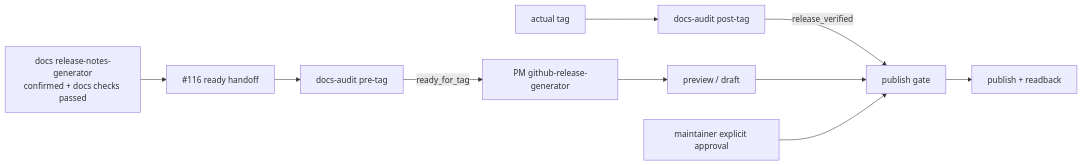
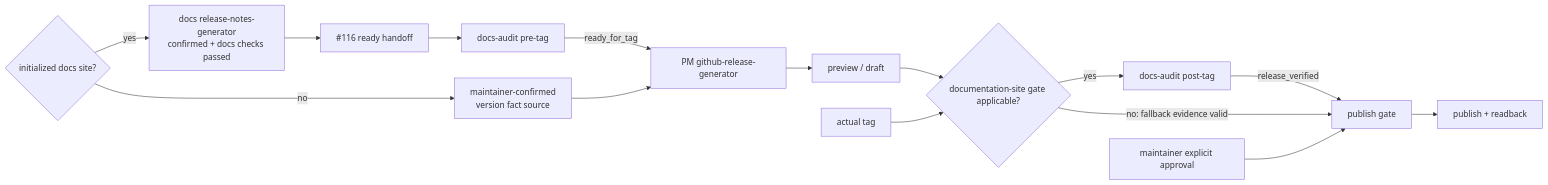
Before and after one commit to Neplich/dev-agent-skills: the diagram in docs/engineer/agents/pm-agent/skills/github-release-generator/TRD.md, drawn with Mermaid. The commit also changed other lines of this file and 19 other files, not shown here.

````diff
--- a/docs/engineer/agents/pm-agent/skills/github-release-generator/TRD.md
+++ b/docs/engineer/agents/pm-agent/skills/github-release-generator/TRD.md
@@ -40,12 +41,18 @@
 ```mermaid
 flowchart LR
-    Site["docs release-notes-generator\nconfirmed + docs checks passed"] --> H116["#116 ready handoff"]
+    Applicability{"initialized docs site?"}
+    Applicability -->|"yes"| Site["docs release-notes-generator\nconfirmed + docs checks passed"]
+    Applicability -->|"no"| Fallback["maintainer-confirmed\nversion fact source"]
+    Site --> H116["#116 ready handoff"]
     H116 --> Pre["docs-audit pre-tag"]
     Pre -->|"ready_for_tag"| GR["PM github-release-generator"]
+    Fallback --> GR
     GR --> Preview["preview / draft"]
-    Tag["actual tag"] --> Post["docs-audit post-tag"]
+    Preview --> Path{"documentation-site gate applicable?"}
+    Tag["actual tag"] --> Path
+    Path -->|"yes"| Post["docs-audit post-tag"]
     Post -->|"release_verified"| Gate["publish gate"]
-    Preview --> Gate
+    Path -->|"no: fallback evidence valid"| Gate
     Approval["maintainer explicit approval"] --> Gate
     Gate --> Publish["publish + readback"]
 ```
````
